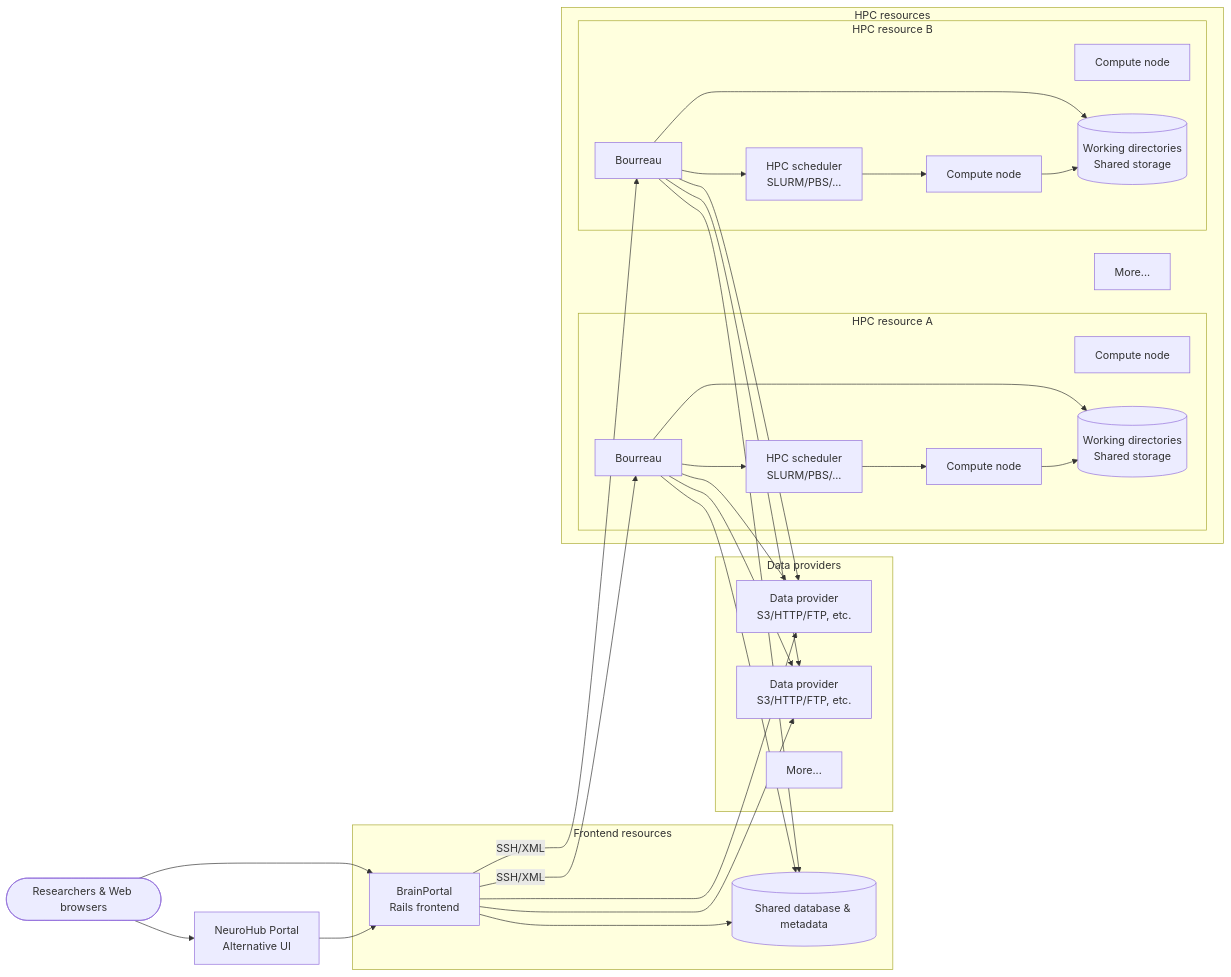
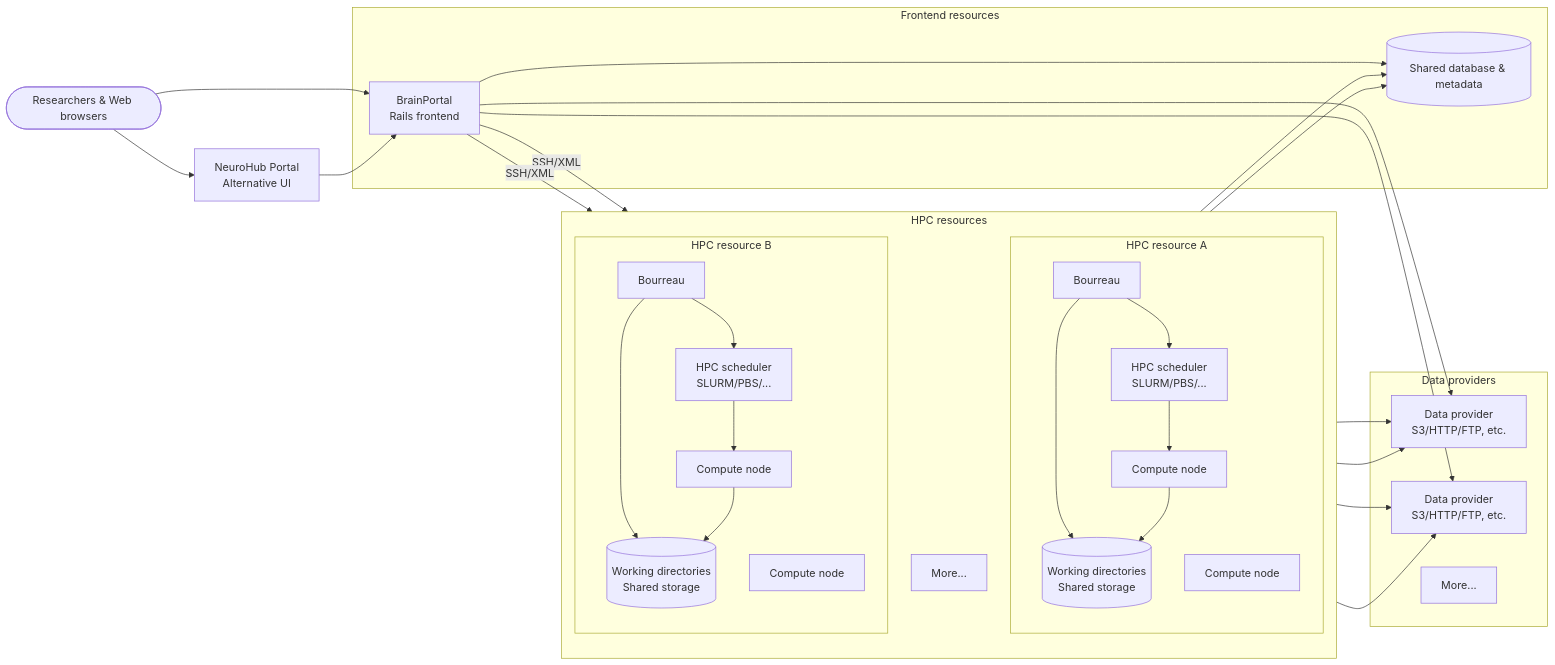
Before and after one commit to aces/cbrain: the diagram in README.md, drawn with Mermaid.

Commit message:
Set HPC resource subgraph ordering

````diff
--- a/README.md
+++ b/README.md
@@ -25,52 +25,53 @@
 ```mermaid
 flowchart LR
   Users([Researchers & Web browsers])
   NH[NeuroHub Portal<br/>Alternative UI]
   subgraph Frontend[Frontend resources]
     BP[BrainPortal<br/>Rails frontend]
     DB[(Shared database & metadata)]
   end
   subgraph DataProviders[Data providers]
     DP1[Data provider<br/>S3/HTTP/FTP, etc.]
     DP2[Data provider<br/>S3/HTTP/FTP, etc.]
     DP3[More...]
   end
   subgraph HPCResources[HPC resources]
+    direction TB
     subgraph ResourceA[HPC resource A]
       BO1[Bourreau]
       Sched1[HPC scheduler<br/>SLURM/PBS/...]
       Compute1[Compute node]
       Compute2[Compute node]
       Scratch1[(Working directories<br/>Shared storage)]
     end
     subgraph ResourceB[HPC resource B]
       BO2[Bourreau]
       Sched2[HPC scheduler<br/>SLURM/PBS/...]
       Compute3[Compute node]
       Compute4[Compute node]
       Scratch2[(Working directories<br/>Shared storage)]
     end
     ResourceMore[More...]
   end
 
   Users --> BP
   Users --> NH
   NH --> BP
   BP --> DB
   BP --> DP1
   BP --> DP2
   BP -->|SSH/XML| BO1
   BP -->|SSH/XML| BO2
   BO1 --> DP1
   BO1 --> DP2
   BO2 --> DP1
   BO2 --> DP2
   BO1 --> DB
   BO2 --> DB
   BO1 --> Sched1 --> Compute1
   BO2 --> Sched2 --> Compute3
   BO1 --> Scratch1
   BO2 --> Scratch2
   Compute1 --> Scratch1
   Compute3 --> Scratch2
 ```
````
